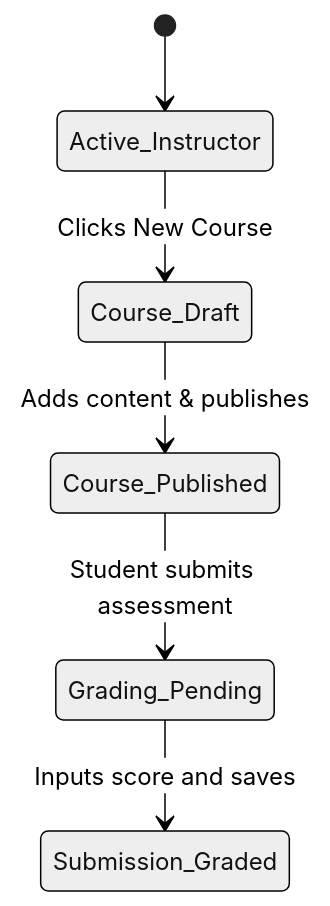
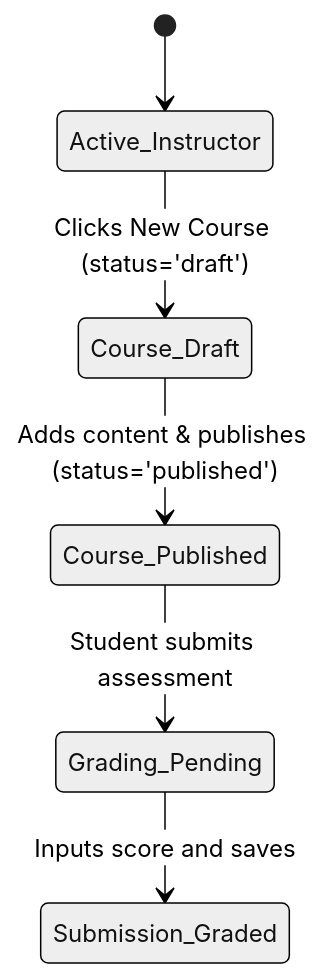
Before and after one commit to wingkit123/QuestLearn: the fourth of 7 diagrams in part-iii/Part III SEF Group Final-template-2610.md, drawn with Mermaid (neutral theme). The commit also changed other lines of this file and 2 other files, not shown here.

Commit message:
docs: holistic consistency audit updates for Admin, Advisor, and Instructor actors

````diff
--- a/part-iii/Part III SEF Group Final-template-2610.md
+++ b/part-iii/Part III SEF Group Final-template-2610.md
@@ -370,8 +434,8 @@
 ```mermaid
 stateDiagram
     [*] --> Active_Instructor
-    Active_Instructor --> Course_Draft : Clicks New Course
-    Course_Draft --> Course_Published : Adds content & publishes
+    Active_Instructor --> Course_Draft : Clicks New Course (status='draft')
+    Course_Draft --> Course_Published : Adds content & publishes (status='published')
     Course_Published --> Grading_Pending : Student submits assessment
     Grading_Pending --> Submission_Graded : Inputs score and saves
 ```
````
